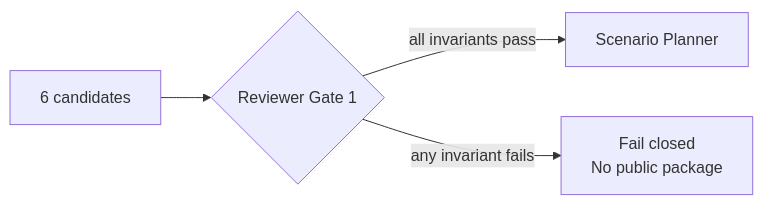
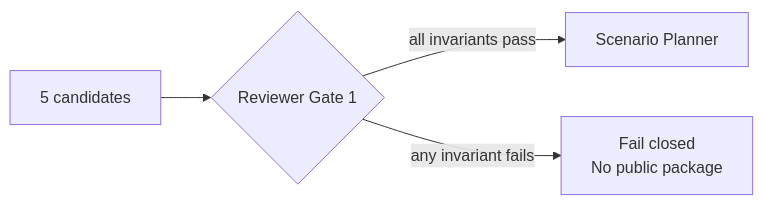
One commit to thiaga-gk/expert-funicular changed diagram 12 of 19 in docs/architecture/lld.md. Above: the diagram before and after it, drawn with Mermaid. The commit also changed other lines of this file and 11 other files, not shown here.

````diff
--- a/docs/architecture/lld.md
+++ b/docs/architecture/lld.md
@@ -961,6 +955,6 @@
 ```mermaid
 flowchart LR
-    C[6 candidates] --> R{Reviewer Gate 1}
+    C[5 candidates] --> R{Reviewer Gate 1}
     R -->|all invariants pass| S[Scenario Planner]
     R -->|any invariant fails| F[Fail closed<br/>No public package]
 ```
````
